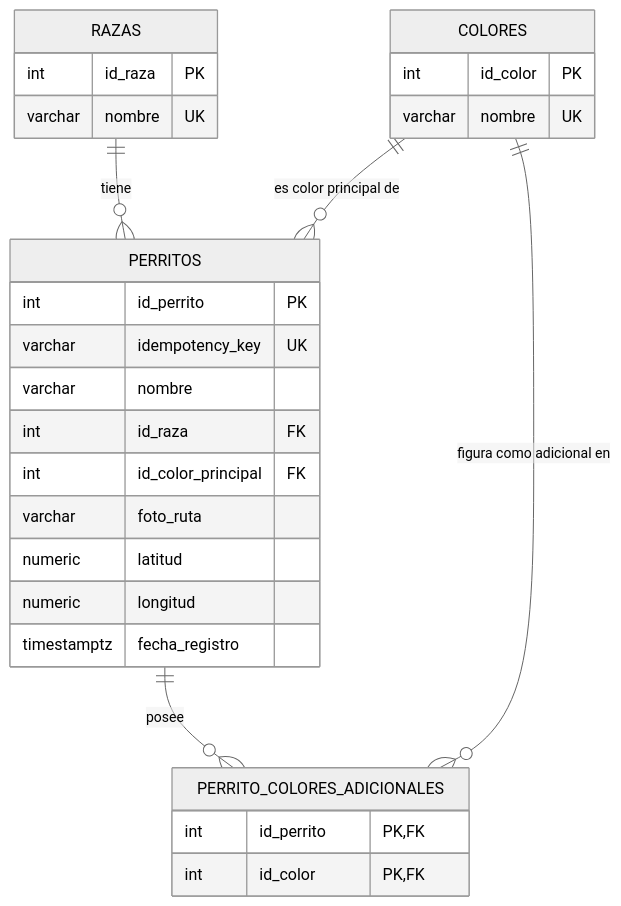
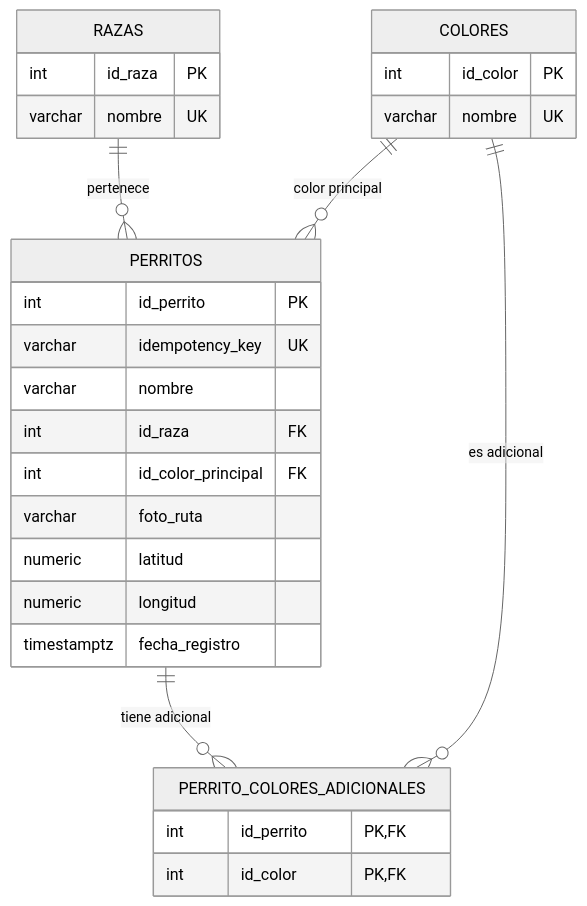
Before and after one commit to Ariel-Hdz-Gar/Proyecto-ProLog-Unidad1: the diagram in README.md, drawn with Mermaid (neutral theme). The commit also changed other lines of this file, not shown here.

Commit message:
docs(db): agrega diagrama ER, instrucciones de instalación y justificación declarativa

````diff
--- a/README.md
+++ b/README.md
@@ -5,34 +5,34 @@
 ```mermaid
 erDiagram
-    RAZAS ||--o{ PERRITOS : "tiene"
-    COLORES ||--o{ PERRITOS : "es color principal de"
-    PERRITOS ||--o{ PERRITO_COLORES_ADICIONALES : "posee"
-    COLORES ||--o{ PERRITO_COLORES_ADICIONALES : "figura como adicional en"
+    RAZAS ||--o{ PERRITOS : "pertenece"
+    COLORES ||--o{ PERRITOS : "color principal"
+    PERRITOS ||--o{ PERRITO_COLORES_ADICIONALES : "tiene adicional"
+    COLORES ||--o{ PERRITO_COLORES_ADICIONALES : "es adicional"
 
     RAZAS {
         int id_raza PK
         varchar nombre UK
     }
 
     COLORES {
         int id_color PK
         varchar nombre UK
     }
 
     PERRITOS {
         int id_perrito PK
         varchar idempotency_key UK
         varchar nombre
         int id_raza FK
         int id_color_principal FK
         varchar foto_ruta
         numeric latitud
         numeric longitud
         timestamptz fecha_registro
     }
 
     PERRITO_COLORES_ADICIONALES {
         int id_perrito PK, FK
         int id_color PK, FK
     }
 ```
````
